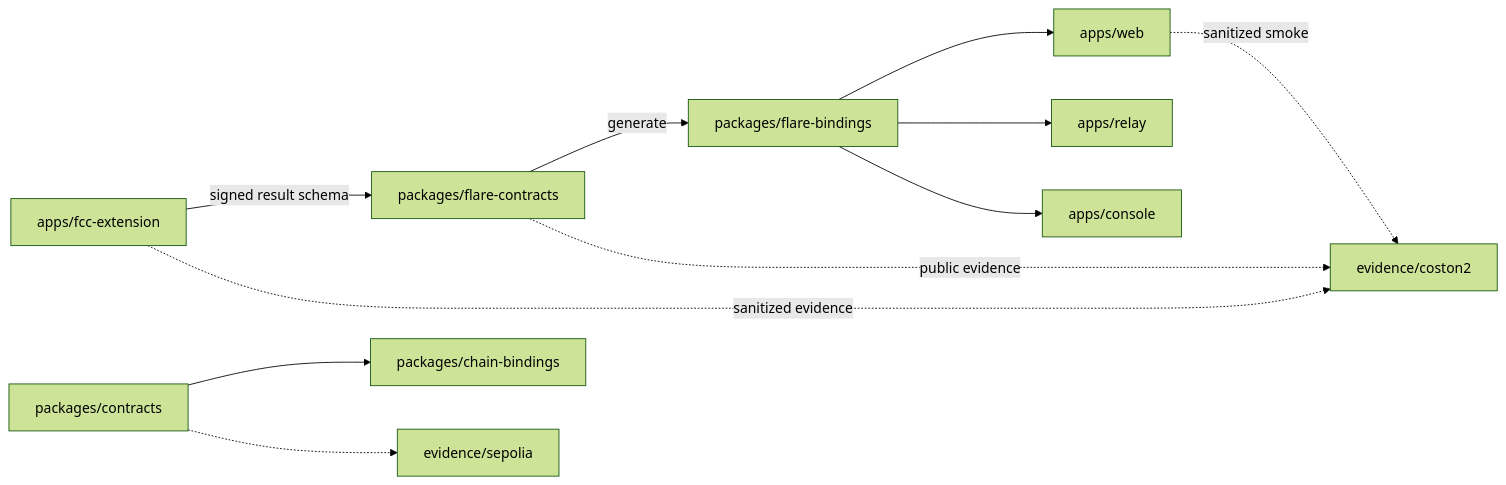
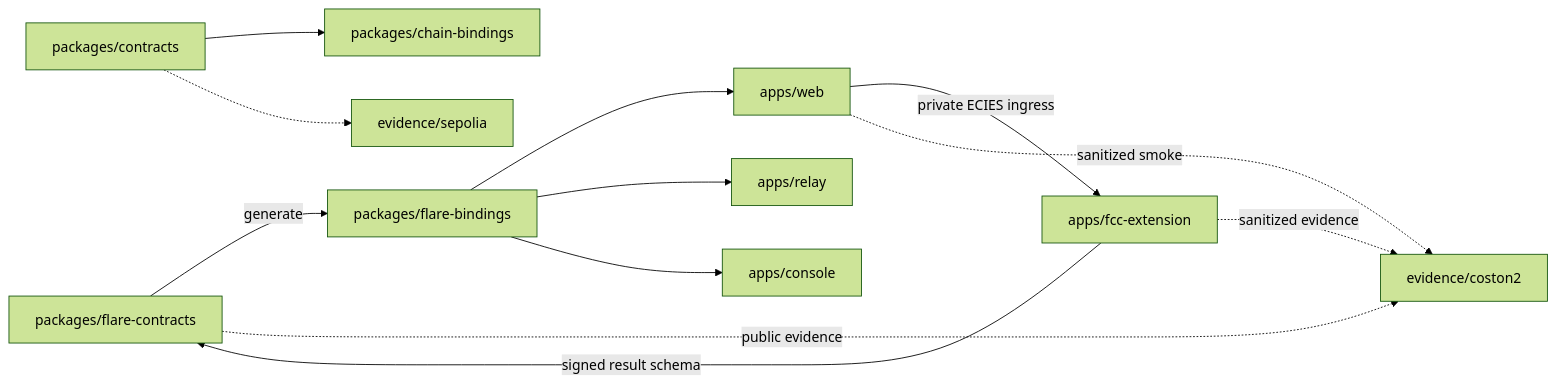
The diagram in docs/repository-layout.md (huutrungle2001/flare-quorum), drawn with Mermaid (forest theme) before and after one commit. The commit also changed other lines of this file and 17 other files, not shown here.

Commit message:
docs: finalize Flare championship architecture

````diff
--- a/docs/repository-layout.md
+++ b/docs/repository-layout.md
@@ -104,14 +115,15 @@
 ```mermaid
 flowchart LR
     FC[packages/flare-contracts] -->|generate| FB[packages/flare-bindings]
     FB --> WEB[apps/web]
     FB --> RELAY[apps/relay]
     FB --> CONSOLE[apps/console]
     EXT[apps/fcc-extension] -->|signed result schema| FC
+    WEB -->|private ECIES ingress| EXT
     FC -.->|public evidence| C2[evidence/coston2]
     EXT -.->|sanitized evidence| C2
     WEB -.->|sanitized smoke| C2
 
     OLD[packages/contracts] --> OLD_BIND[packages/chain-bindings]
     OLD -.-> SEP[evidence/sepolia]
 ```
````
